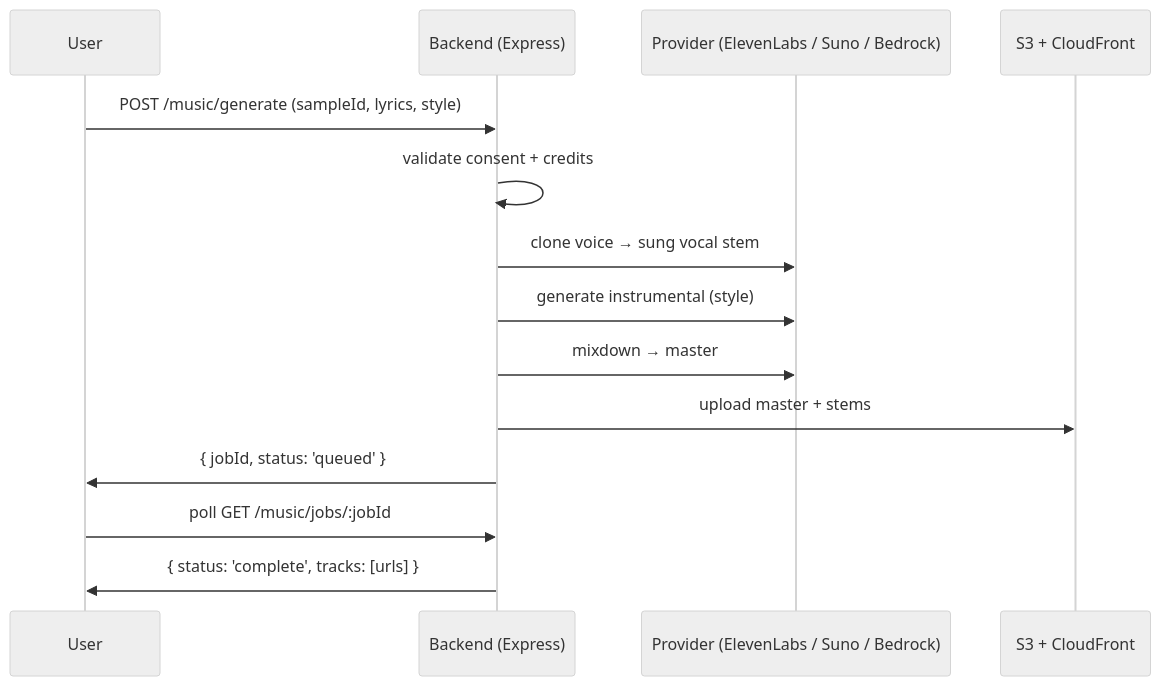
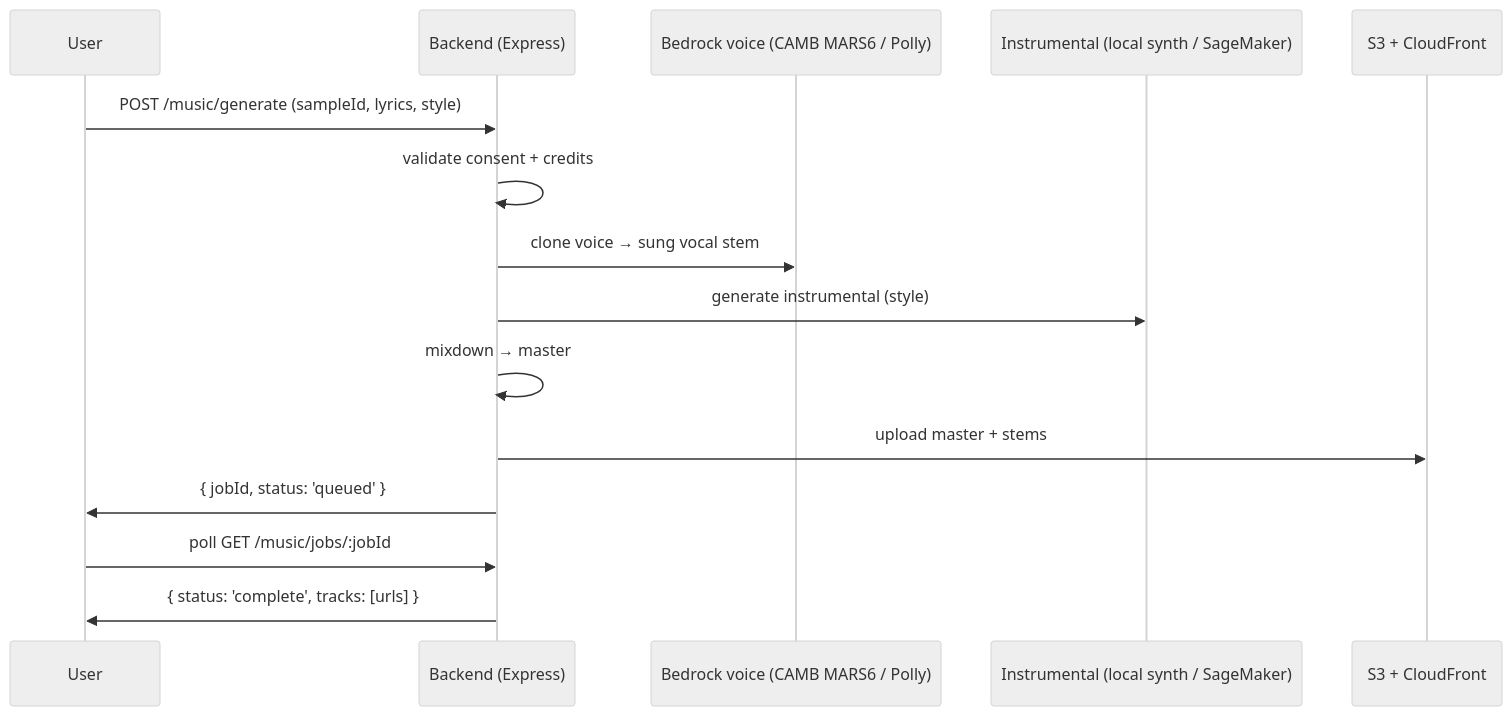
Before and after one commit to tnnrhpwd/portfolio-app: the second of 2 diagrams in docs/implementation/ai-music-generator.md, drawn with Mermaid (neutral theme). The commit also changed other lines of this file and 9 other files, not shown here.

First line of the commit message:
Add AWS and ElevenLabs music providers

````diff
--- a/docs/implementation/ai-music-generator.md
+++ b/docs/implementation/ai-music-generator.md
@@ -92,16 +93,17 @@
 ```mermaid
 sequenceDiagram
     participant U as User
     participant A as Backend (Express)
-    participant P as Provider (ElevenLabs / Suno / Bedrock)
+    participant V as Bedrock voice (CAMB MARS6 / Polly)
+    participant I as Instrumental (local synth / SageMaker)
     participant S as S3 + CloudFront
     U->>A: POST /music/generate (sampleId, lyrics, style)
     A->>A: validate consent + credits
-    A->>P: clone voice → sung vocal stem
-    A->>P: generate instrumental (style)
-    A->>P: mixdown → master
+    A->>V: clone voice → sung vocal stem
+    A->>I: generate instrumental (style)
+    A->>A: mixdown → master
     A->>S: upload master + stems
     A->>U: { jobId, status: 'queued' }
     U->>A: poll GET /music/jobs/:jobId
     A->>U: { status: 'complete', tracks: [urls] }
 ```
````
